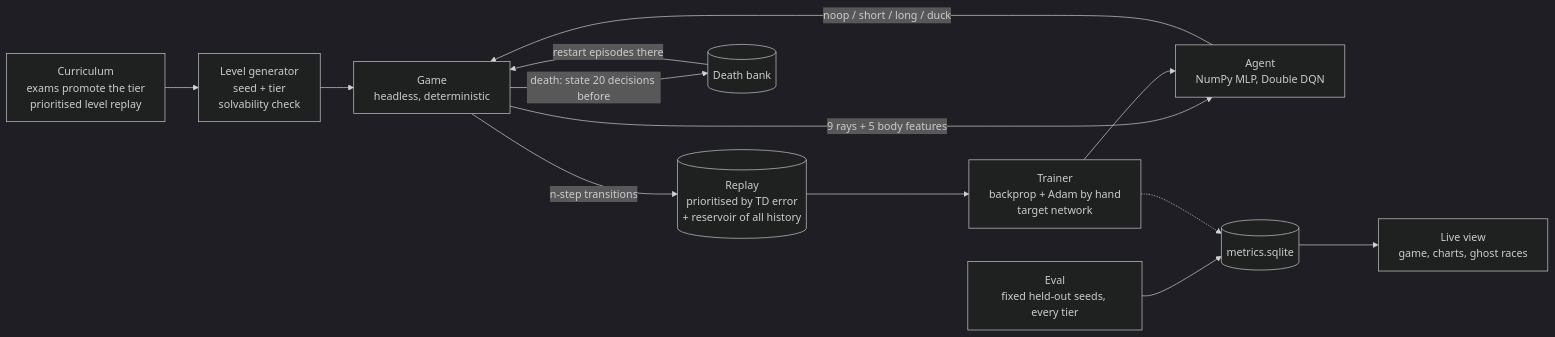
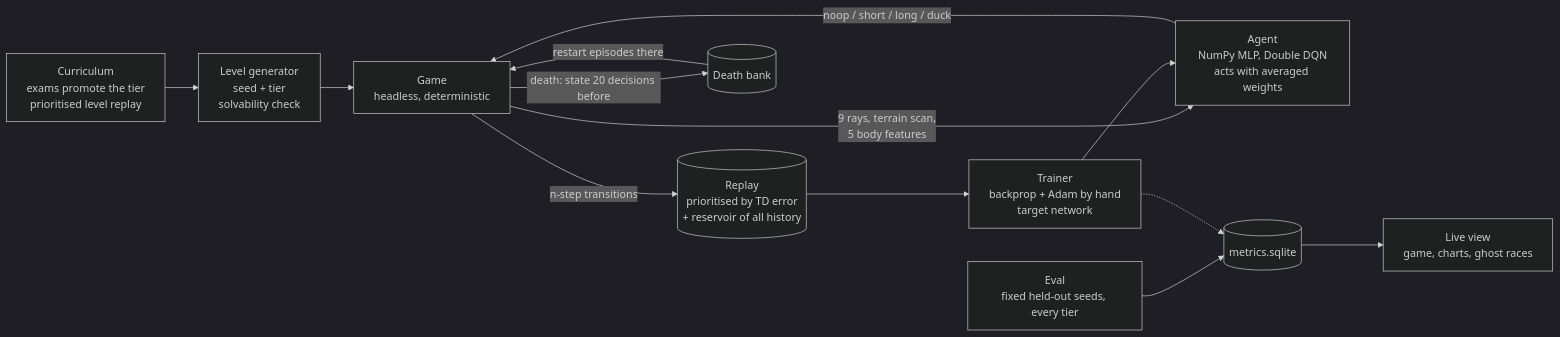
Before and after one commit to abdulm-ai/endless-learner: the diagram in README.md, drawn with Mermaid (dark theme). The commit also changed other lines of this file and 6 other files, not shown here.

Commit message:
Terrain scan, act with averaged weights, lr 1e-4, demote only after a collapse; what didn't work in the README

````diff
--- a/README.md
+++ b/README.md
@@ -7,15 +7,15 @@
 ```mermaid
 flowchart LR
   G["Level generator<br/>seed + tier<br/>solvability check"] --> E["Game<br/>headless, deterministic"]
-  E -->|"9 rays + 5 body features"| A["Agent<br/>NumPy MLP, Double DQN"]
+  E -->|"9 rays, terrain scan,<br/>5 body features"| A["Agent<br/>NumPy MLP, Double DQN<br/>acts with averaged weights"]
   A -->|"noop / short / long / duck"| E
   E -->|n-step transitions| R[("Replay<br/>prioritised by TD error<br/>+ reservoir of all history")]
   E -->|"death: state 20 decisions before"| D[("Death bank")]
   D -->|restart episodes there| E
   R --> T["Trainer<br/>backprop + Adam by hand<br/>target network"]
   T --> A
   C["Curriculum<br/>exams promote the tier<br/>prioritised level replay"] --> G
   V["Eval<br/>fixed held-out seeds, every tier"] --> M[("metrics.sqlite")]
   T -.-> M
   M --> W["Live view<br/>game, charts, ghost races"]
 ```
````
